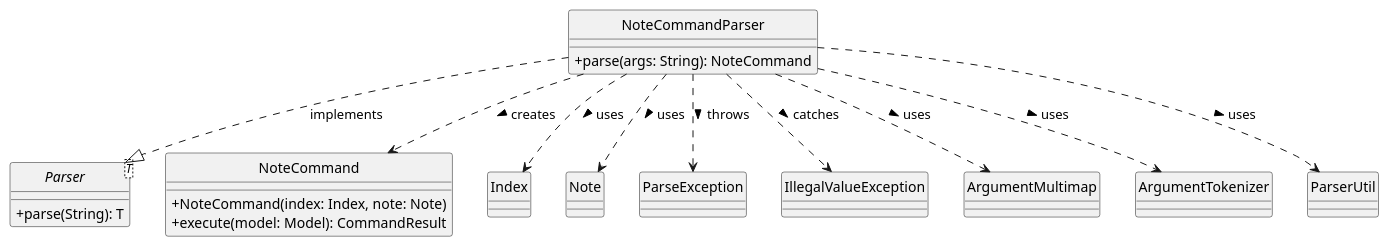
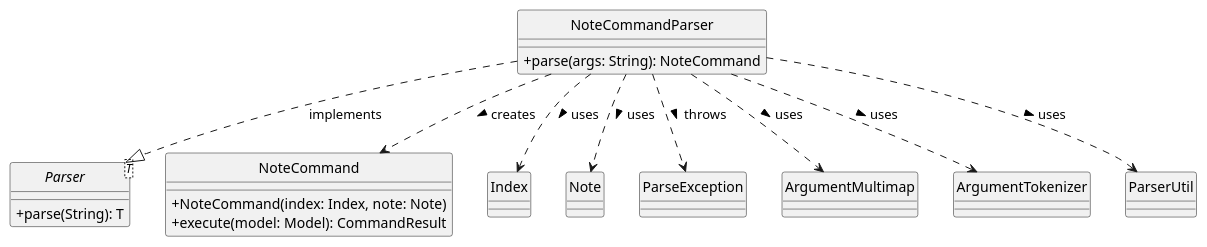
One commit to AY2526S1-CS2103T-W09-4/tp changed the diagram in docs/diagrams/add-remark/NoteCommandParser.puml. Above: the diagram before and after it, drawn with PlantUML. The commit also changed 9 other files, not shown here.

Commit message:
Added to DG HelpCommand and added diagrams for NoteCommand

```diff
--- a/docs/diagrams/add-remark/NoteCommandParser.puml
+++ b/docs/diagrams/add-remark/NoteCommandParser.puml
@@ -1,44 +1,42 @@
 @startuml
 ' NoteCommandParser Class Diagram
 
 hide circle
 skinparam classAttributeIconSize 0
 
 ' -----------------
 ' Classes
 ' -----------------
 class NoteCommandParser {
     +parse(args: String): NoteCommand
 }
 
 interface Parser<T> {
     +parse(String): T
 }
 
 class NoteCommand {
     +NoteCommand(index: Index, note: Note)
     +execute(model: Model): CommandResult
 }
 
 class Index
 class Note
 class ParseException
-class IllegalValueException
 class ArgumentMultimap
 class ArgumentTokenizer
 class ParserUtil
 
 ' -----------------
 ' Relationships
 ' -----------------
 NoteCommandParser ..|> Parser : implements
 NoteCommandParser ..> NoteCommand : creates >
 NoteCommandParser ..> Index : uses >
 NoteCommandParser ..> Note : uses >
 NoteCommandParser ..> ParseException : throws >
-NoteCommandParser ..> IllegalValueException : catches >
 NoteCommandParser ..> ArgumentMultimap : uses >
 NoteCommandParser ..> ArgumentTokenizer : uses >
 NoteCommandParser ..> ParserUtil : uses >
 
 @enduml
```
